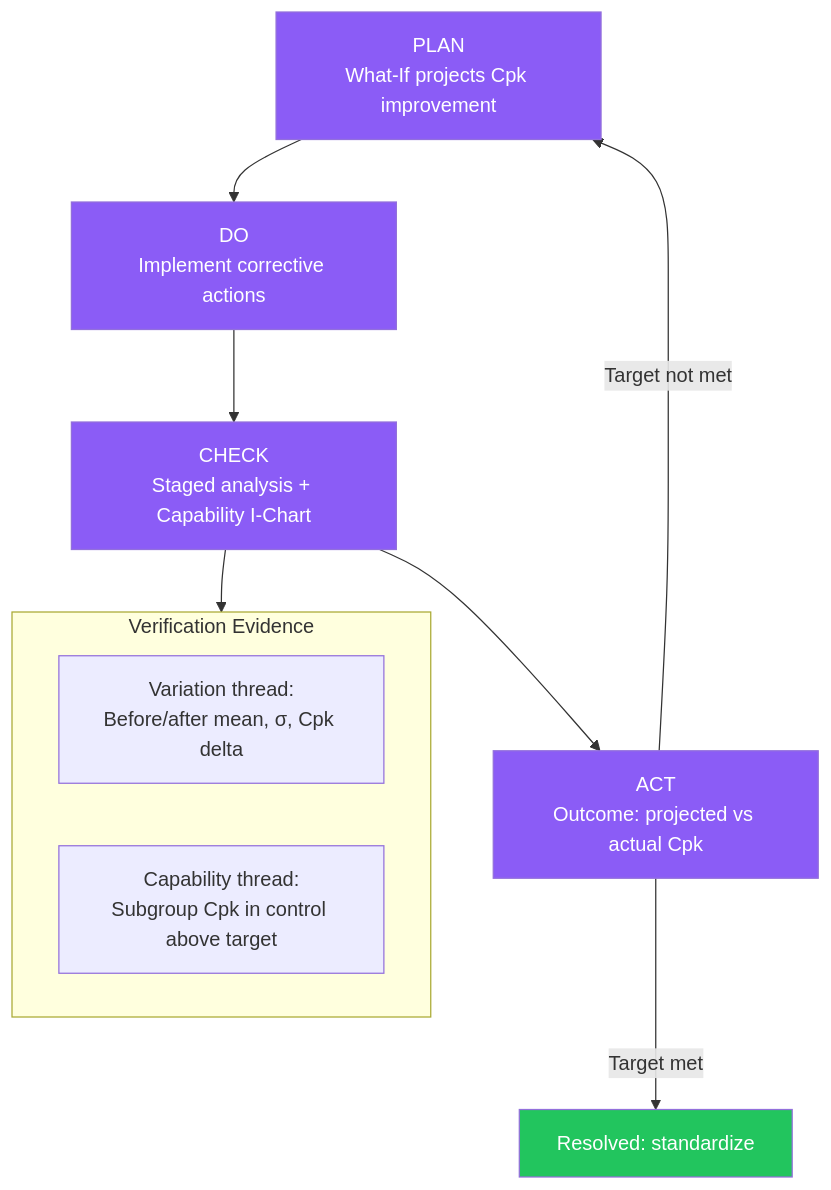
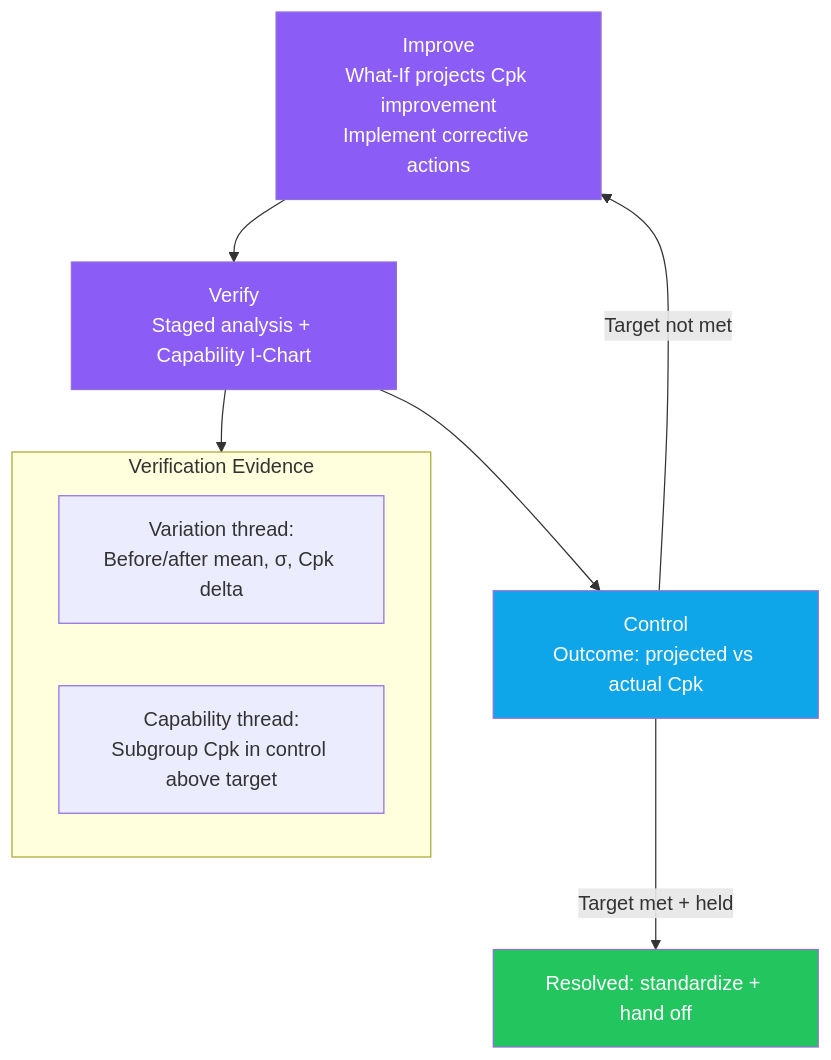
The third of 3 diagrams in docs/03-features/workflows/analysis-flow.md (jukka-matti/variscout), drawn with Mermaid before and after one commit. The commit also changed other lines of this file and 6 other files, not shown here.

First line of the commit message:
docs: retire active-IP cascade terminology + re-spine analysis-flow to 5-verb (follow-ups #1/#2)

````diff
--- a/docs/03-features/workflows/analysis-flow.md
+++ b/docs/03-features/workflows/analysis-flow.md
@@ -220,25 +233,23 @@
 ```mermaid
 flowchart TD
-    PLAN["PLAN\nWhat-If projects Cpk improvement"]
-    DO["DO\nImplement corrective actions"]
-    CHECK["CHECK\nStaged analysis + Capability I-Chart"]
-    ACT["ACT\nOutcome: projected vs actual Cpk"]
+    IMPROVE["Improve\nWhat-If projects Cpk improvement\nImplement corrective actions"]
+    VERIFY["Verify\nStaged analysis + Capability I-Chart"]
+    CONTROL["Control\nOutcome: projected vs actual Cpk"]
 
-    PLAN --> DO --> CHECK --> ACT
+    IMPROVE --> VERIFY --> CONTROL
 
-    subgraph CHECK_DETAIL["Verification Evidence"]
+    subgraph VERIFY_DETAIL["Verification Evidence"]
         STAGED["Variation thread:\nBefore/after mean, σ, Cpk delta"]
         CAPCHART["Capability thread:\nSubgroup Cpk in control above target"]
     end
 
-    CHECK --> CHECK_DETAIL
+    VERIFY --> VERIFY_DETAIL
 
-    ACT -- "Target met" --> RESOLVED["Resolved: standardize"]
-    ACT -- "Target not met" --> PLAN
+    CONTROL -- "Target met + held" --> RESOLVED["Resolved: standardize + hand off"]
+    CONTROL -- "Target not met" --> IMPROVE
 
-    style PLAN fill:#8b5cf6,color:#fff
-    style DO fill:#8b5cf6,color:#fff
-    style CHECK fill:#8b5cf6,color:#fff
-    style ACT fill:#8b5cf6,color:#fff
+    style IMPROVE fill:#8b5cf6,color:#fff
+    style VERIFY fill:#8b5cf6,color:#fff
+    style CONTROL fill:#0ea5e9,color:#fff
     style RESOLVED fill:#22c55e,color:#fff
 ```
````
